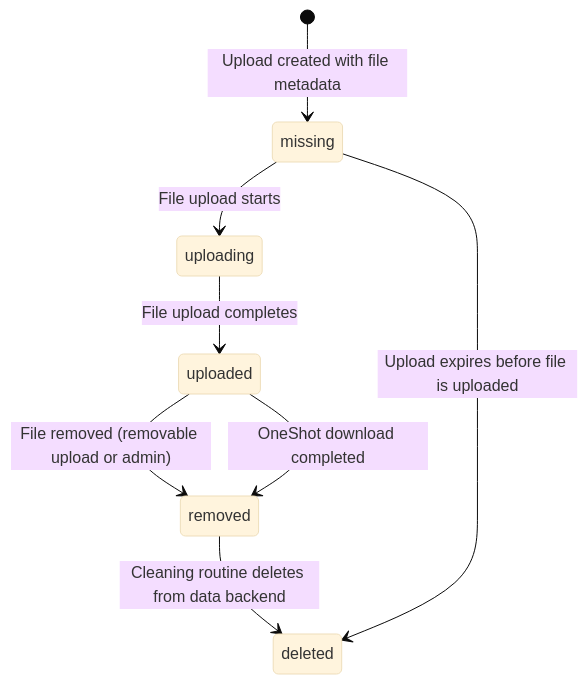
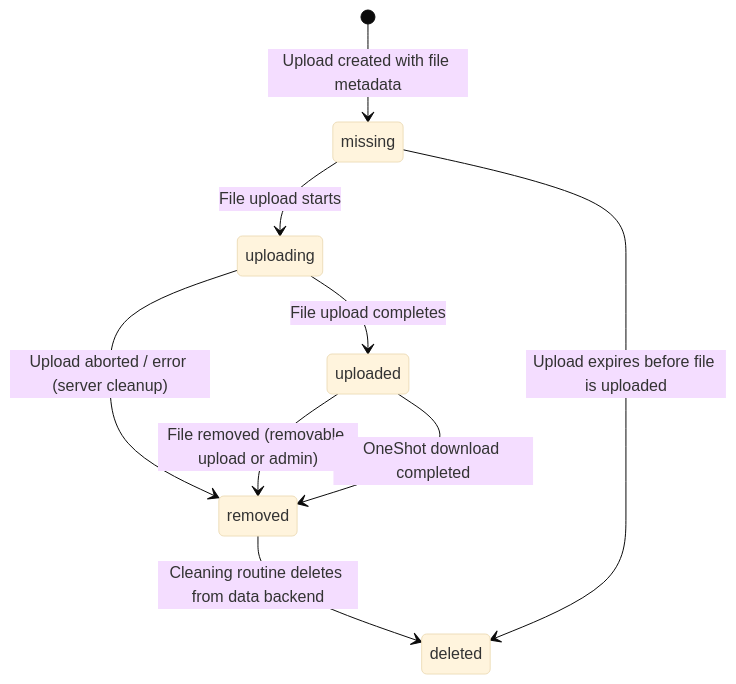
Before and after one commit to dataiku/plik: the third of 3 diagrams in ARCHITECTURE.md, drawn with Mermaid (base theme). The commit also changed 2 other files, not shown here.

Commit message:
fix: add delay after file cancel to let server cleanup before refresh
When cancelling an individual file upload, xhr.abort() triggers server-side
cleanup (uploading → removed → deleted) but this is asynchronous. Without a
delay, fetchUpload() returns stale data showing the file still as 'uploading',
causing it to appear stuck in the UI forever.

Add a 200ms delay after abort before calling fetchUpload() to give the server
time to update the file status.

````diff
--- a/ARCHITECTURE.md
+++ b/ARCHITECTURE.md
@@ -119,10 +119,11 @@
 ```mermaid
 stateDiagram-v2
     [*] --> missing : Upload created with file metadata
     missing --> uploading : File upload starts
     uploading --> uploaded : File upload completes
+    uploading --> removed : Upload aborted / error (server cleanup)
     uploaded --> removed : File removed (removable upload or admin)
     uploaded --> removed : OneShot download completed
     removed --> deleted : Cleaning routine deletes from data backend
     missing --> deleted : Upload expires before file is uploaded
 ```
````
